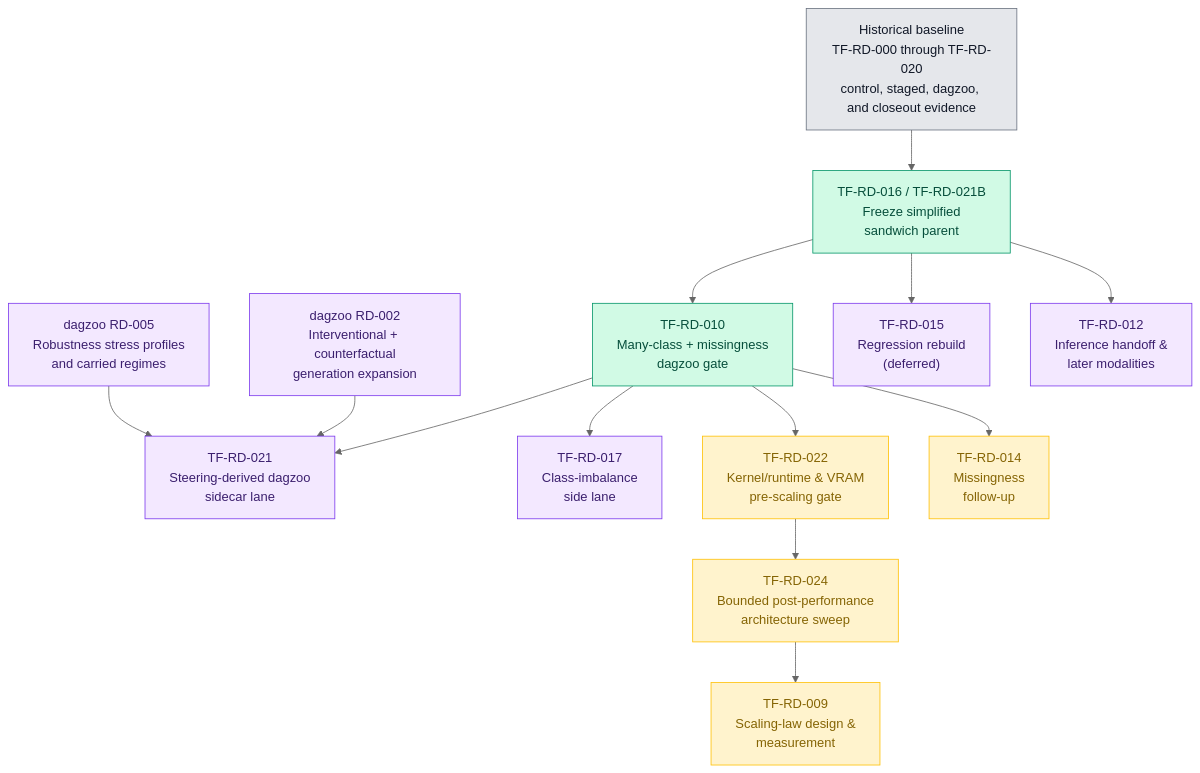
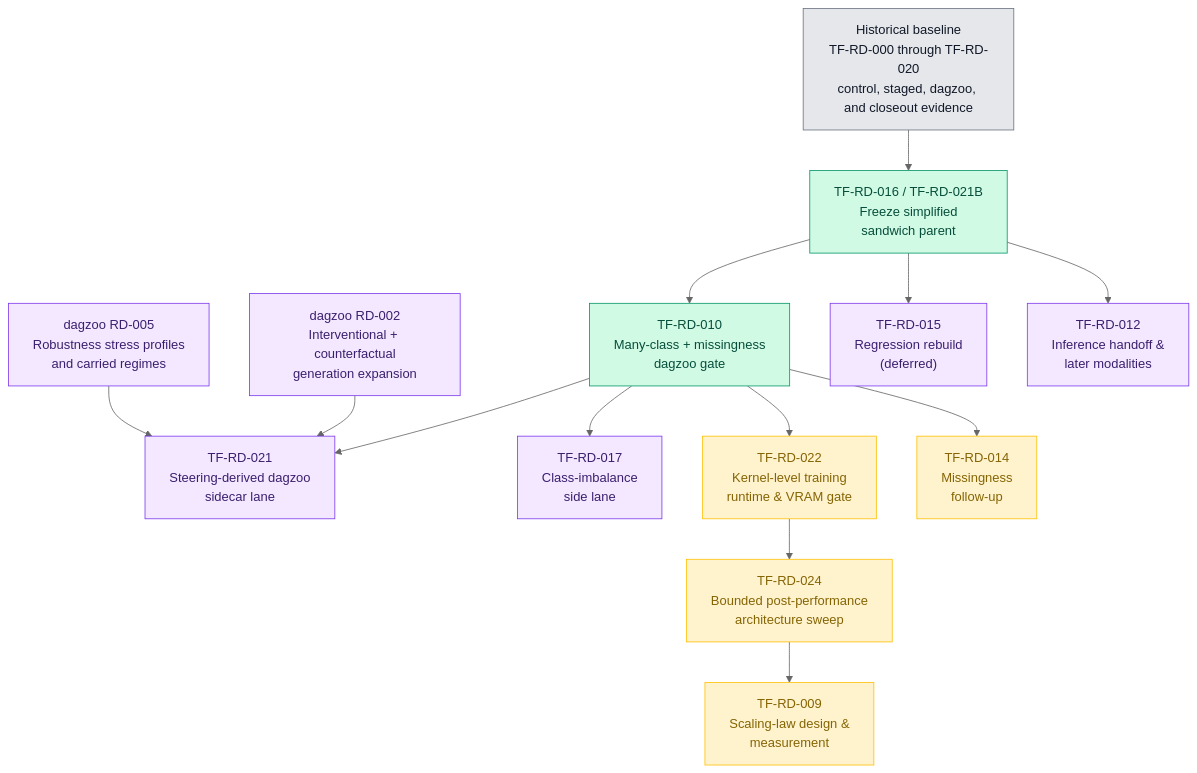
The diagram in docs/development/roadmap.md (bensonlee5/tab-foundry), drawn with Mermaid (neutral theme) before and after one commit. The commit also changed other lines of this file and 23 other files, not shown here.

````diff
--- a/docs/development/roadmap.md
+++ b/docs/development/roadmap.md
@@ -152,40 +154,40 @@
 ```mermaid
 flowchart TD
     HIST["Historical baseline<br/>TF-RD-000 through TF-RD-020<br/>control, staged, dagzoo, and closeout evidence"]
     RD016["TF-RD-016 / TF-RD-021B<br/>Freeze simplified<br/>sandwich parent"]
     RD010["TF-RD-010<br/>Many-class + missingness<br/>dagzoo gate"]
     RD021["TF-RD-021<br/>Steering-derived dagzoo<br/>sidecar lane"]
     DZ002["dagzoo RD-002<br/>Interventional + counterfactual<br/>generation expansion"]
     DZ005["dagzoo RD-005<br/>Robustness stress profiles<br/>and carried regimes"]
     RD017["TF-RD-017<br/>Class-imbalance<br/>side lane"]
-    RD022["TF-RD-022<br/>Kernel/runtime & VRAM<br/>pre-scaling gate"]
+    RD022["TF-RD-022<br/>Kernel-level training<br/>runtime & VRAM gate"]
     RD024["TF-RD-024<br/>Bounded post-performance<br/>architecture sweep"]
     RD014["TF-RD-014<br/>Missingness<br/>follow-up"]
     RD015["TF-RD-015<br/>Regression rebuild<br/>(deferred)"]
     RD012["TF-RD-012<br/>Inference handoff &<br/>later modalities"]
     RD009["TF-RD-009<br/>Scaling-law design &<br/>measurement"]
 
     HIST --> RD016
     RD016 --> RD010
     RD010 --> RD022
     RD022 --> RD024
     RD024 --> RD009
     RD010 --> RD021
     DZ002 --> RD021
     DZ005 --> RD021
     RD010 --> RD014
     RD010 --> RD017
     RD016 --> RD015
     RD016 --> RD012
 
     classDef hist fill:#e5e7eb,stroke:#6b7280,color:#111827;
     classDef done fill:#d1fae5,stroke:#059669,color:#064e3b;
     classDef readyNow fill:#fff3cd,stroke:#ffc107,color:#856404;
     classDef gate fill:#fff1d6,stroke:#c67a00,color:#3d2a00;
     classDef later fill:#f3e8ff,stroke:#7c3aed,color:#3b1f6e;
 
     class HIST hist;
     class RD010,RD016 done;
     class RD022,RD024,RD009,RD014 readyNow;
     class DZ002,DZ005,RD021,RD012,RD015,RD017 later;
 ```
````
